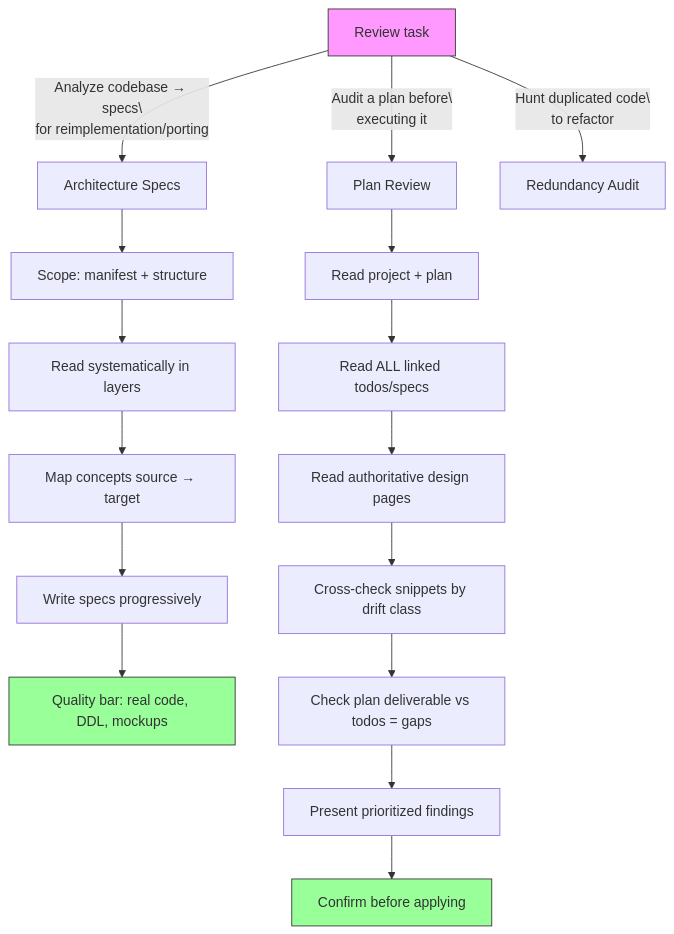
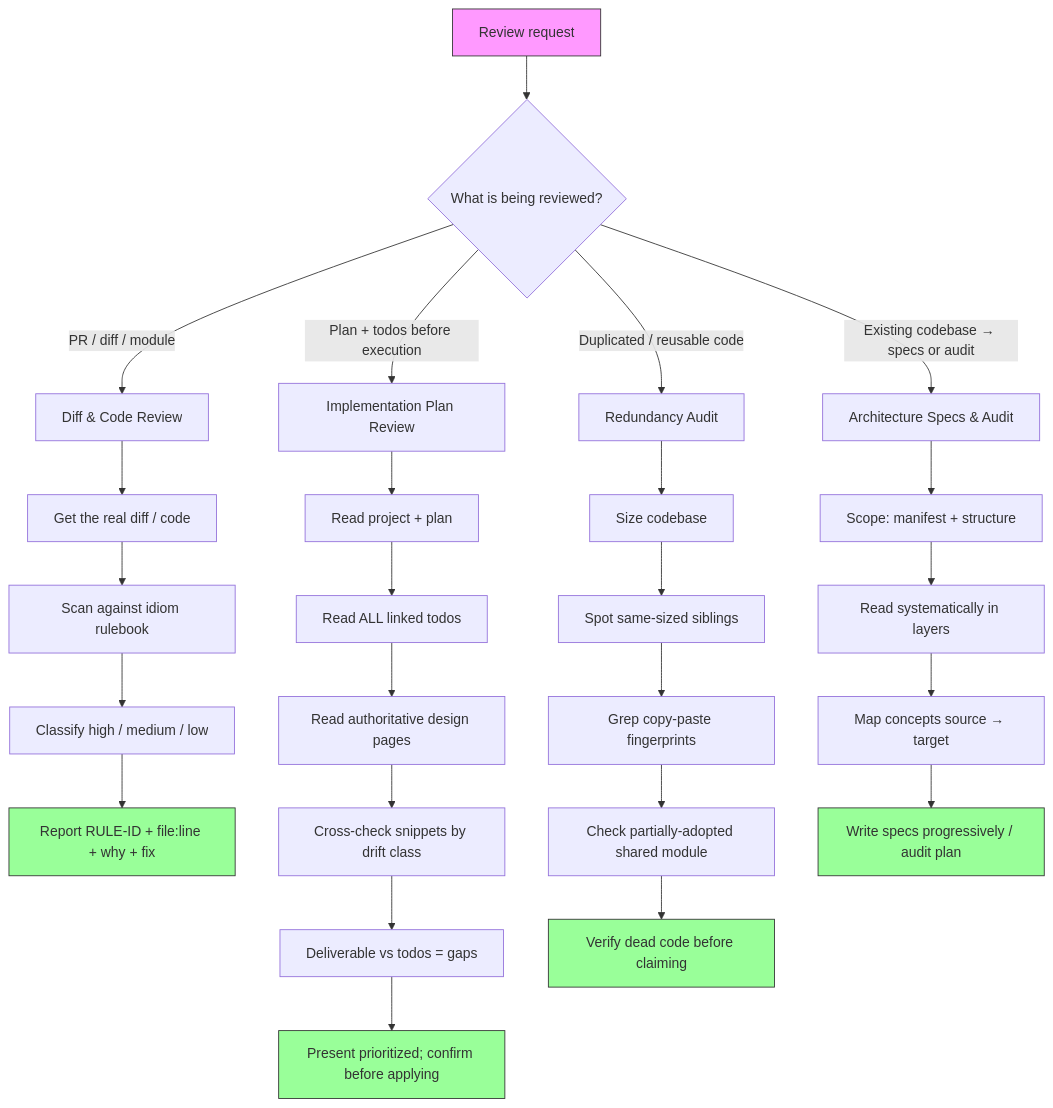
One commit to alvarolizama/elixir-skills changed the diagram in skills/elixir-review/SKILL.md. Above: the diagram before and after it, drawn with Mermaid. The commit also changed other lines of this file and 371 other files, not shown here.

````diff
--- a/skills/elixir-review/SKILL.md
+++ b/skills/elixir-review/SKILL.md
@@ -23,24 +24,37 @@
 ```mermaid
-graph TD
-    A[Review task] -->|"Analyze codebase → specs\\nfor reimplementation/porting"| B[Architecture Specs]
-    A -->|"Audit a plan before\\nexecuting it"| C[Plan Review]
-    A -->|"Hunt duplicated code\\nto refactor"| D[Redundancy Audit]
+flowchart TD
+    A[Review request] --> B{What is being reviewed?}
+    B -->|"PR / diff / module"| C[Diff & Code Review]
+    B -->|"Plan + todos before execution"| D[Implementation Plan Review]
+    B -->|"Duplicated / reusable code"| E[Redundancy Audit]
+    B -->|"Existing codebase → specs or audit"| F[Architecture Specs & Audit]
 
-    B --> B1[Scope: manifest + structure]
-    B1 --> B2[Read systematically in layers]
-    B2 --> B3[Map concepts source → target]
-    B3 --> B4[Write specs progressively]
-    B4 --> B5[Quality bar: real code, DDL, mockups]
+    C --> C1[Get the real diff / code]
+    C1 --> C2[Scan against idiom rulebook]
+    C2 --> C3[Classify high / medium / low]
+    C3 --> C4[Report RULE-ID + file:line + why + fix]
 
-    C --> C1[Read project + plan]
-    C1 --> C2[Read ALL linked todos/specs]
-    C2 --> C3[Read authoritative design pages]
-    C3 --> C4[Cross-check snippets by drift class]
-    C4 --> C5[Check plan deliverable vs todos = gaps]
-    C5 --> C6[Present prioritized findings]
-    C6 --> C7[Confirm before applying]
+    D --> D1[Read project + plan]
+    D1 --> D2[Read ALL linked todos]
+    D2 --> D3[Read authoritative design pages]
+    D3 --> D4[Cross-check snippets by drift class]
+    D4 --> D5[Deliverable vs todos = gaps]
+    D5 --> D6[Present prioritized; confirm before applying]
+
+    E --> E1[Size codebase]
+    E1 --> E2[Spot same-sized siblings]
+    E2 --> E3[Grep copy-paste fingerprints]
+    E3 --> E4[Check partially-adopted shared module]
+    E4 --> E5[Verify dead code before claiming]
+
+    F --> F1[Scope: manifest + structure]
+    F1 --> F2[Read systematically in layers]
+    F2 --> F3[Map concepts source → target]
+    F3 --> F4[Write specs progressively / audit plan]
 
     style A fill:#f9f,stroke:#333
-    style B5 fill:#9f9,stroke:#333
-    style C7 fill:#9f9,stroke:#333
+    style C4 fill:#9f9,stroke:#333
+    style D6 fill:#9f9,stroke:#333
+    style E5 fill:#9f9,stroke:#333
+    style F4 fill:#9f9,stroke:#333
 ```
````
